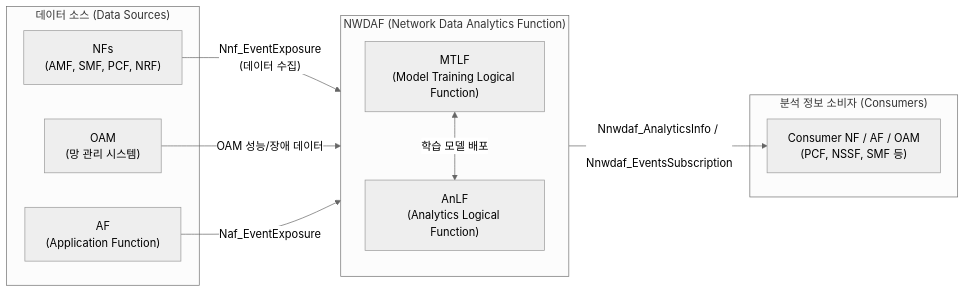
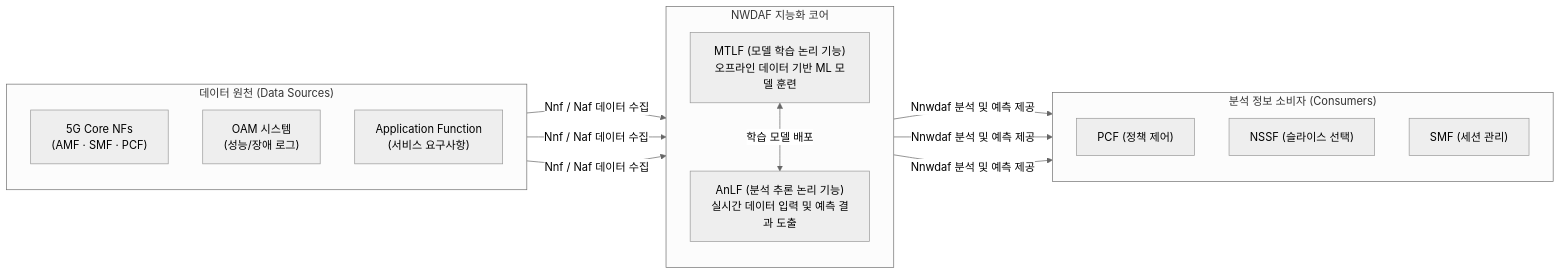
The diagram in content/01_IT Tech/NWDAF(Network Data Analytics Function).md (supremethumb/supremethumb.github.io), drawn with Mermaid (neutral theme) before and after one commit. The commit also changed other lines of this file and 362 other files, not shown here.

````diff
--- a/content/01_IT Tech/NWDAF(Network Data Analytics Function).md
+++ b/content/01_IT Tech/NWDAF(Network Data Analytics Function).md
@@ -29,26 +36,26 @@
 ```mermaid
 flowchart LR
-    subgraph Data_Sources ["데이터 소스 (Data Sources)"]
-        NF["NFs<br/>(AMF, SMF, PCF, NRF)"]
-        OAM["OAM<br/>(망 관리 시스템)"]
-        AF["AF<br/>(Application Function)"]
+    subgraph Data_Sources ["데이터 원천 (Data Sources)"]
+        direction TB
+        NF["5G Core NFs<br/>(AMF · SMF · PCF)"]
+        OAM["OAM 시스템<br/>(성능/장애 로그)"]
+        AF["Application Function<br/>(서비스 요구사항)"]
     end
 
-    subgraph NWDAF ["NWDAF (Network Data Analytics Function)"]
+    subgraph NWDAF_Core ["NWDAF 지능화 코어"]
         direction TB
-        MTLF["MTLF<br/>(Model Training Logical Function)"]
-        AnLF["AnLF<br/>(Analytics Logical Function)"]
-        MTLF <--> |"학습 모델 배포"| AnLF
+        MTLF["MTLF (모델 학습 논리 기능)<br/>오프라인 데이터 기반 ML 모델 훈련"]
+        AnLF["AnLF (분석 추론 논리 기능)<br/>실시간 데이터 입력 및 예측 결과 도출"]
+        MTLF <-->|"학습 모델 배포"| AnLF
     end
 
-    subgraph Analytics_Consumers ["분석 정보 소비자 (Consumers)"]
-        Consumer["Consumer NF / AF / OAM<br/>(PCF, NSSF, SMF 등)"]
+    subgraph Consumers ["분석 정보 소비자 (Consumers)"]
+        direction TB
+        PCF["PCF (정책 제어)"]
+        NSSF["NSSF (슬라이스 선택)"]
+        SMF["SMF (세션 관리)"]
     end
 
-    NF -- "Nnf_EventExposure<br/>(데이터 수집)" --> NWDAF
-    OAM -- "OAM 성능/장애 데이터" --> NWDAF
-    AF -- "Naf_EventExposure" --> NWDAF
-
-    NWDAF -- "Nnwdaf_AnalyticsInfo / <br/> Nnwdaf_EventsSubscription" --> Consumer
-
+    NF & OAM & AF -- "Nnf / Naf 데이터 수집" --> NWDAF_Core
+    NWDAF_Core -- "Nnwdaf 분석 및 예측 제공" --> PCF & NSSF & SMF
 ```
````
